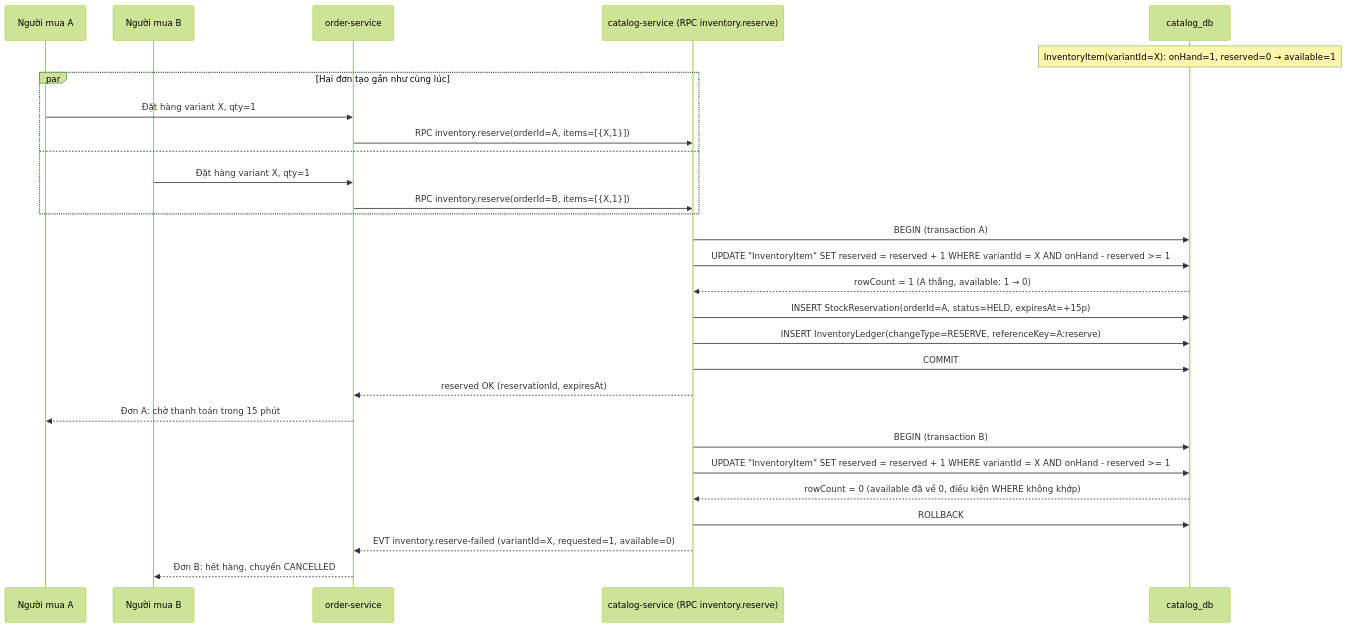
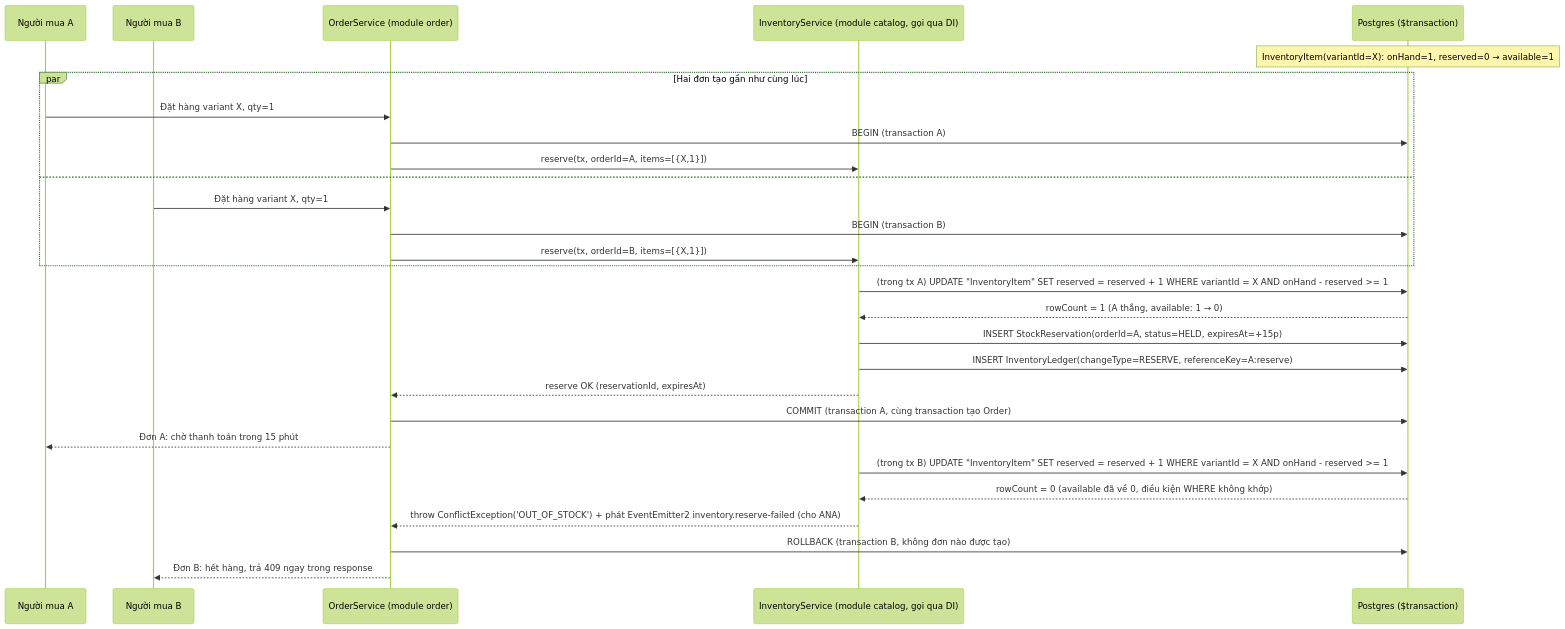
Before and after one commit to timmy277/timmyhub: the second of 2 diagrams in docs/03-specs/inventory/design.md, drawn with Mermaid (forest theme). The commit also changed other lines of this file and 34 other files, not shown here.

````diff
--- a/docs/03-specs/inventory/design.md
+++ b/docs/03-specs/inventory/design.md
@@ -246,34 +254,34 @@
 ```mermaid
 sequenceDiagram
     participant U1 as Người mua A
     participant U2 as Người mua B
-    participant O as order-service
-    participant C as catalog-service (RPC inventory.reserve)
-    participant DB as catalog_db
+    participant O as OrderService (module order)
+    participant Inv as InventoryService (module catalog, gọi qua DI)
+    participant DB as Postgres ($transaction)
 
     Note over DB: InventoryItem(variantId=X): onHand=1, reserved=0 → available=1
 
     par Hai đơn tạo gần như cùng lúc
         U1->>O: Đặt hàng variant X, qty=1
-        O->>C: RPC inventory.reserve(orderId=A, items=[{X,1}])
+        O->>DB: BEGIN (transaction A)
+        O->>Inv: reserve(tx, orderId=A, items=[{X,1}])
     and
         U2->>O: Đặt hàng variant X, qty=1
-        O->>C: RPC inventory.reserve(orderId=B, items=[{X,1}])
+        O->>DB: BEGIN (transaction B)
+        O->>Inv: reserve(tx, orderId=B, items=[{X,1}])
     end
 
-    C->>DB: BEGIN (transaction A)
-    C->>DB: UPDATE "InventoryItem" SET reserved = reserved + 1 WHERE variantId = X AND onHand - reserved >= 1
-    DB-->>C: rowCount = 1 (A thắng, available: 1 → 0)
-    C->>DB: INSERT StockReservation(orderId=A, status=HELD, expiresAt=+15p)
-    C->>DB: INSERT InventoryLedger(changeType=RESERVE, referenceKey=A:reserve)
-    C->>DB: COMMIT
-    C-->>O: reserved OK (reservationId, expiresAt)
+    Inv->>DB: (trong tx A) UPDATE "InventoryItem" SET reserved = reserved + 1 WHERE variantId = X AND onHand - reserved >= 1
+    DB-->>Inv: rowCount = 1 (A thắng, available: 1 → 0)
+    Inv->>DB: INSERT StockReservation(orderId=A, status=HELD, expiresAt=+15p)
+    Inv->>DB: INSERT InventoryLedger(changeType=RESERVE, referenceKey=A:reserve)
+    Inv-->>O: reserve OK (reservationId, expiresAt)
+    O->>DB: COMMIT (transaction A, cùng transaction tạo Order)
     O-->>U1: Đơn A: chờ thanh toán trong 15 phút
 
-    C->>DB: BEGIN (transaction B)
-    C->>DB: UPDATE "InventoryItem" SET reserved = reserved + 1 WHERE variantId = X AND onHand - reserved >= 1
-    DB-->>C: rowCount = 0 (available đã về 0, điều kiện WHERE không khớp)
-    C->>DB: ROLLBACK
-    C-->>O: EVT inventory.reserve-failed (variantId=X, requested=1, available=0)
-    O-->>U2: Đơn B: hết hàng, chuyển CANCELLED
+    Inv->>DB: (trong tx B) UPDATE "InventoryItem" SET reserved = reserved + 1 WHERE variantId = X AND onHand - reserved >= 1
+    DB-->>Inv: rowCount = 0 (available đã về 0, điều kiện WHERE không khớp)
+    Inv-->>O: throw ConflictException('OUT_OF_STOCK') + phát EventEmitter2 inventory.reserve-failed (cho ANA)
+    O->>DB: ROLLBACK (transaction B, không đơn nào được tạo)
+    O-->>U2: Đơn B: hết hàng, trả 409 ngay trong response
 ```
````
